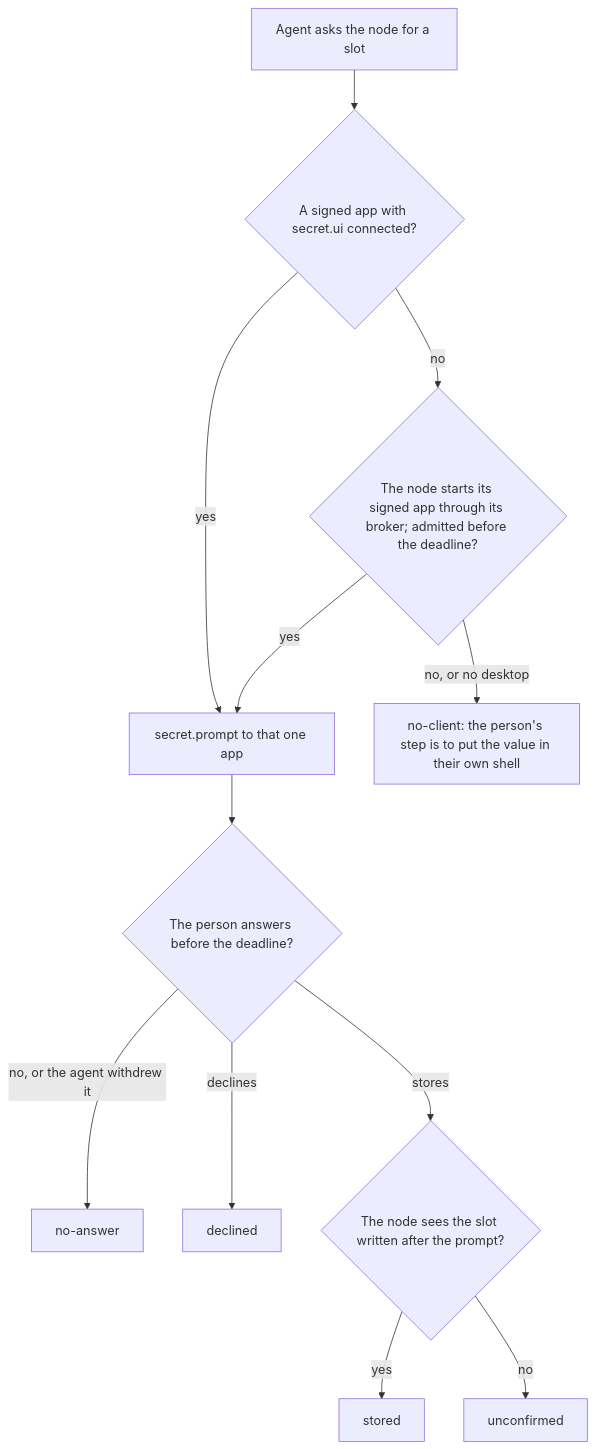
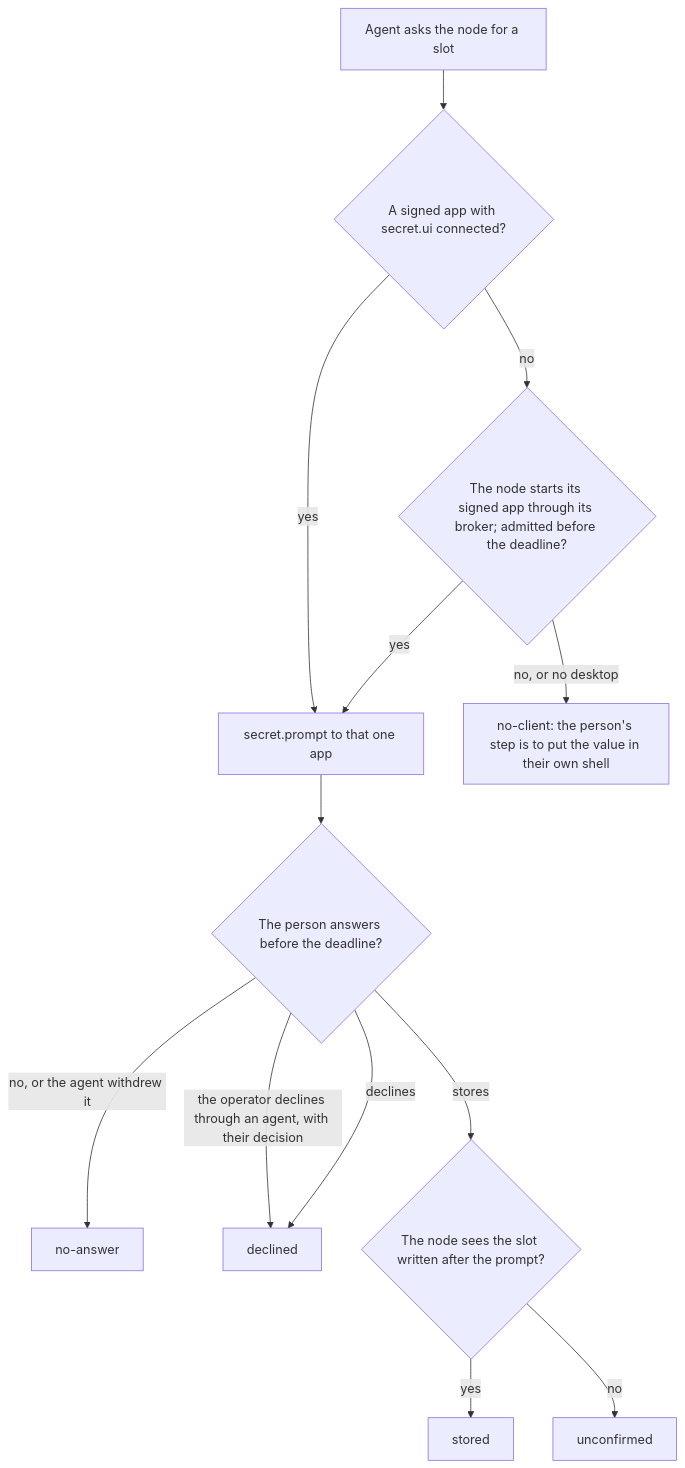
Before and after one commit to passioncode-ai/fabric-agent-contract: diagram 34 of 34 in docs/ux/flows.md, drawn with Mermaid. The commit also changed other lines of this file and 12 other files, not shown here.

````diff
--- a/docs/ux/flows.md
+++ b/docs/ux/flows.md
@@ -899,14 +899,15 @@
 ```mermaid
 flowchart TD
   Q[Agent asks the node for a slot] --> C{A signed app with secret.ui connected?}
   C -->|no| L{The node starts its signed app through its broker; admitted before the deadline?}
   L -->|yes| P
   L -->|no, or no desktop| X[no-client: the person's step is to put the value in their own shell]
   C -->|yes| P[secret.prompt to that one app]
   P --> W{The person answers before the deadline?}
   W -->|no, or the agent withdrew it| Z[no-answer]
   W -->|declines| D[declined]
+  W -->|the operator declines through an agent, with their decision| D
   W -->|stores| S{The node sees the slot written after the prompt?}
   S -->|yes| O[stored]
   S -->|no| U[unconfirmed]
 ```
````
